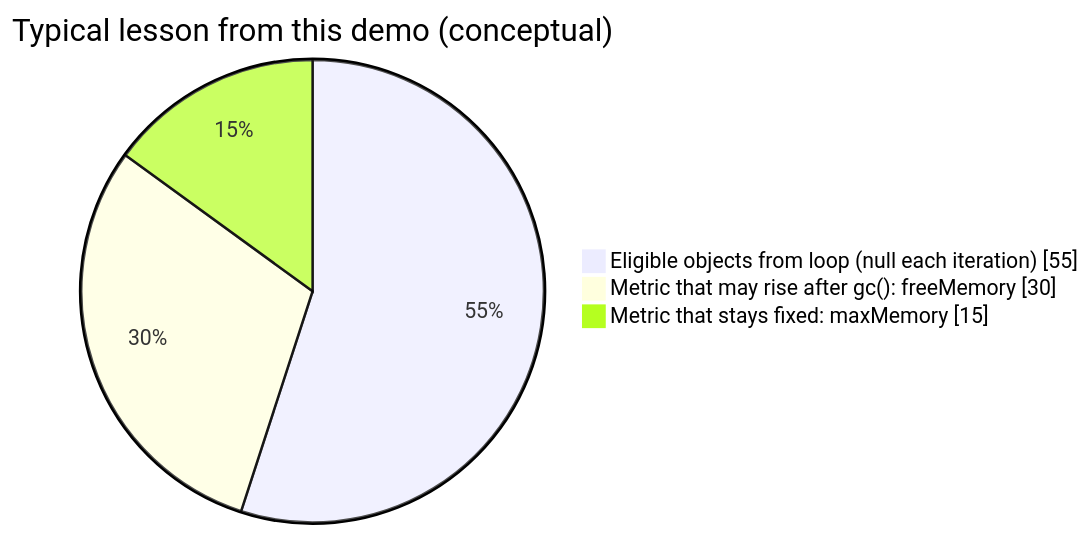
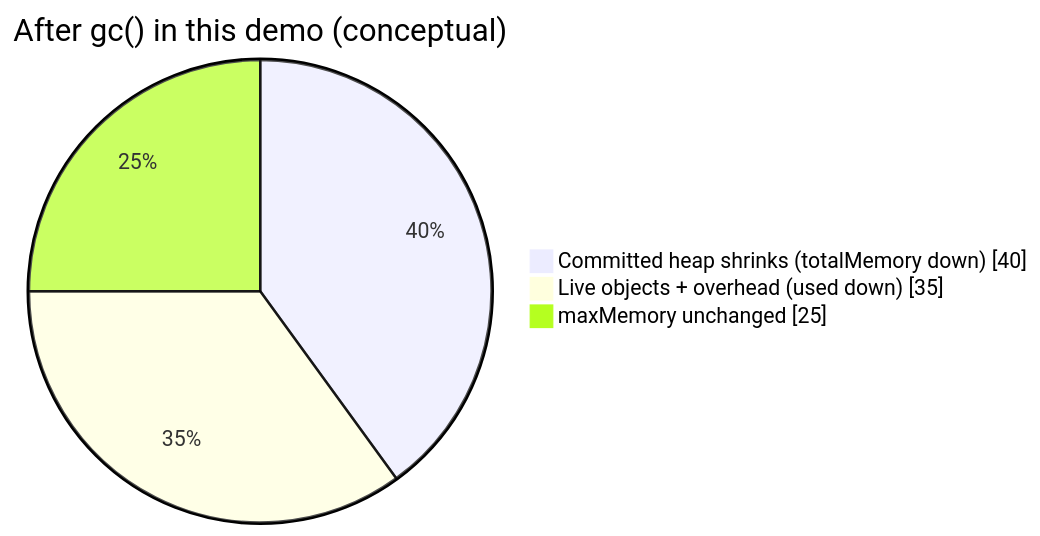
One commit to chaitussm/Java-Project changed the third of 5 diagrams in docs/concepts/garbageCollection/garbageCollection.md. Above: the diagram before and after it, drawn with Mermaid. The commit also changed other lines of this file, not shown here.

Commit message:
docs(gc): expand By using Runtime class with post-gc memory explanation

````diff
--- a/docs/concepts/garbageCollection/garbageCollection.md
+++ b/docs/concepts/garbageCollection/garbageCollection.md
@@ -788,7 +235,7 @@
 ```mermaid
 pie showData
-    title Typical lesson from this demo (conceptual)
-    "Eligible objects from loop (null each iteration)" : 55
-    "Metric that may rise after gc(): freeMemory" : 30
-    "Metric that stays fixed: maxMemory" : 15
+    title After gc() in this demo (conceptual)
+    "Committed heap shrinks (totalMemory down)" : 40
+    "Live objects + overhead (used down)" : 35
+    "maxMemory unchanged" : 25
 ```
````
